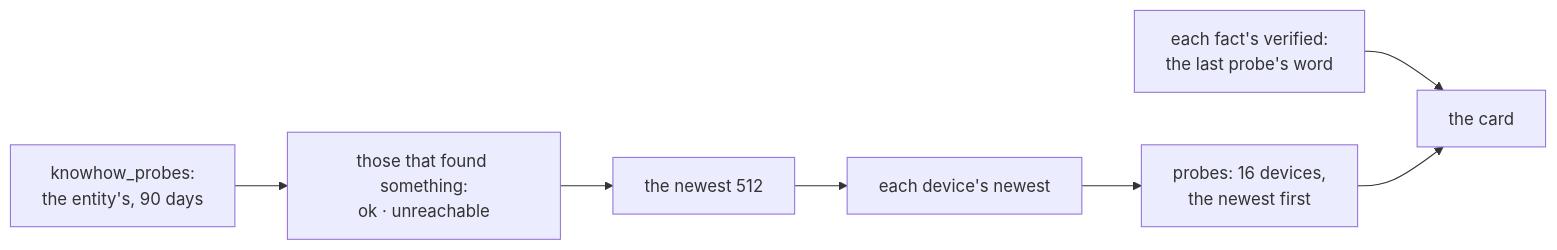
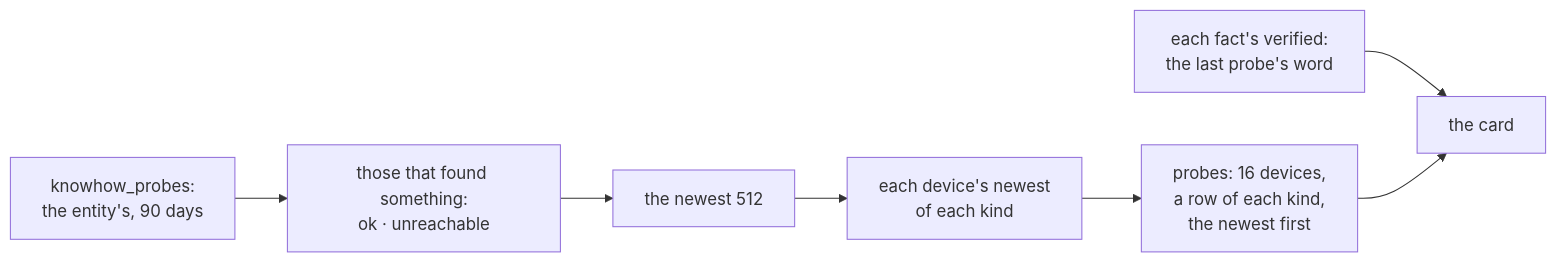
Before and after one commit to gjovanov/roomler-ai: diagram 17 of 17 in docs/knowhow.md, drawn with Mermaid. The commit also changed other lines of this file and 9 other files, not shown here.

````diff
--- a/docs/knowhow.md
+++ b/docs/knowhow.md
@@ -1338,9 +1340,9 @@
 ```mermaid
 flowchart LR
     P["knowhow_probes:<br/>the entity's, 90 days"] --> F["those that found something:<br/>ok · unreachable"]
     F --> N["the newest 512"]
-    N --> G["each device's newest"]
-    G --> C["probes: 16 devices,<br/>the newest first"]
+    N --> G["each device's newest<br/>of each kind"]
+    G --> C["probes: 16 devices,<br/>a row of each kind,<br/>the newest first"]
     V["each fact's verified:<br/>the last probe's word"] --> K["the card"]
     C --> K
 ```
````
